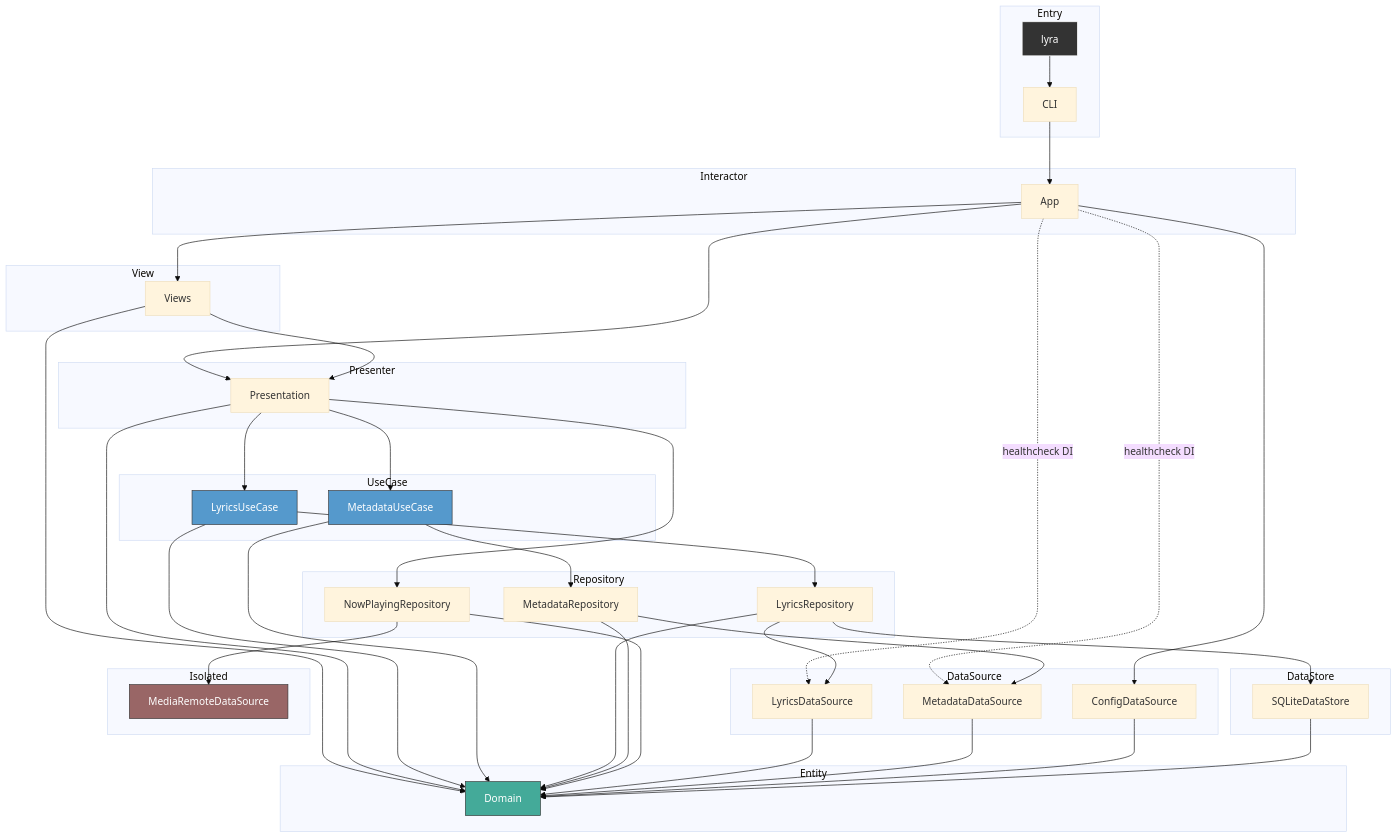
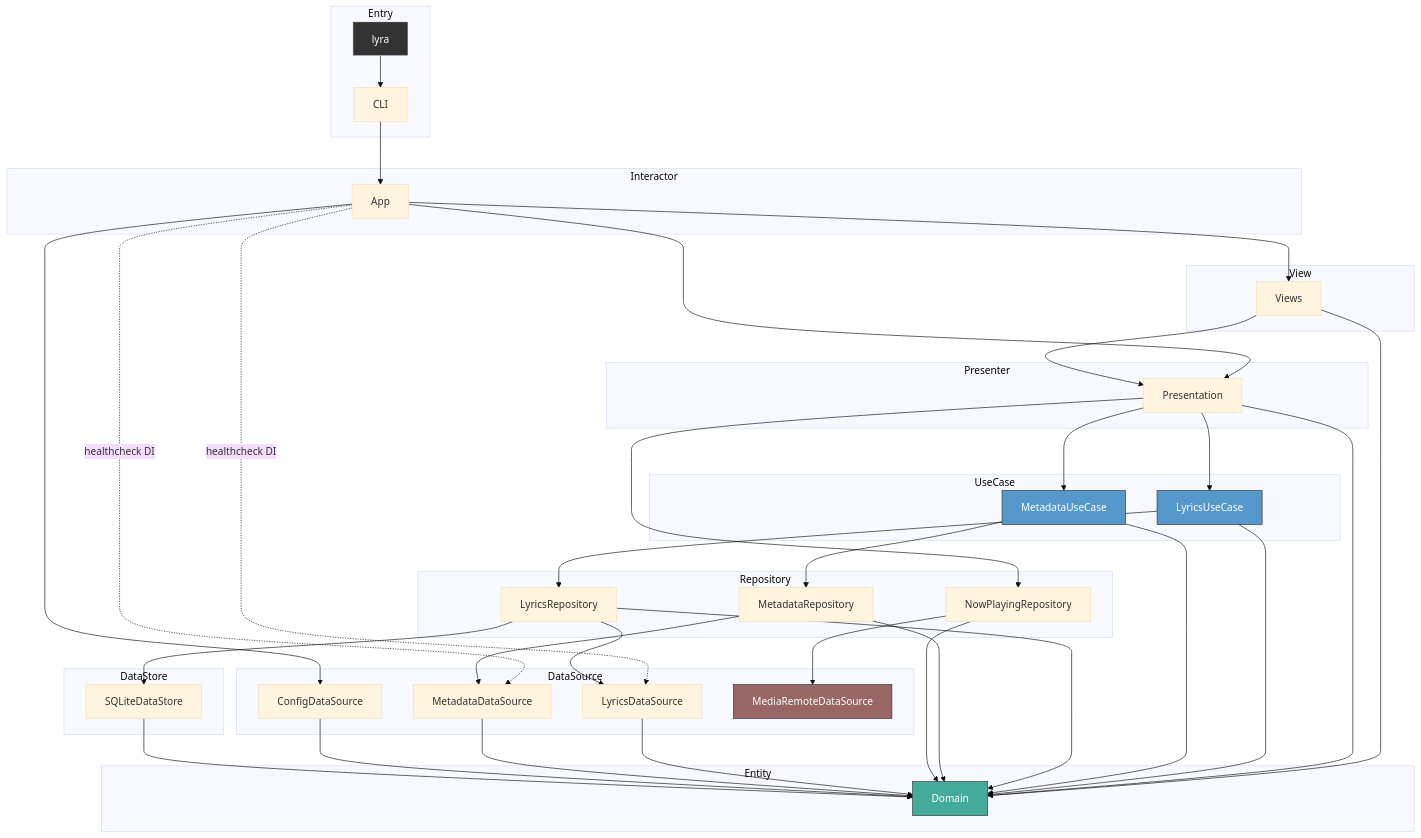
Before and after one commit to GeneralD/backdrop: the diagram in CLAUDE.md, drawn with Mermaid (base theme). The commit also changed other lines of this file, not shown here.

Commit message:
docs: move MediaRemoteDataSource into DataSource group in diagram

````diff
--- a/CLAUDE.md
+++ b/CLAUDE.md
@@ -22,70 +22,67 @@
 ```mermaid
 graph TD
     subgraph Entry
         lyra[lyra]
         CLI[CLI]
     end
 
     subgraph View
         Views[Views]
     end
 
     subgraph Interactor
         App[App]
     end
 
     subgraph Presenter
         Presentation[Presentation]
     end
 
     subgraph Entity
         Domain[Domain]
     end
 
     subgraph UseCase
         LyricsUseCase[LyricsUseCase]
         MetadataUseCase[MetadataUseCase]
     end
 
     subgraph Repository
         LyricsRepository[LyricsRepository]
         MetadataRepository[MetadataRepository]
         NowPlayingRepository[NowPlayingRepository]
     end
 
     subgraph DataSource
         LyricsDataSource[LyricsDataSource]
         MetadataDataSource[MetadataDataSource]
         ConfigDataSource[ConfigDataSource]
+        MediaRemoteDataSource[MediaRemoteDataSource]
     end
 
     subgraph DataStore
         SQLiteDataStore[SQLiteDataStore]
-    end
-
-    subgraph Isolated
-        MediaRemoteDataSource[MediaRemoteDataSource]
     end
 
     lyra --> CLI
     CLI --> App
     App --> Views & Presentation & ConfigDataSource
     App -.->|healthcheck DI| LyricsDataSource & MetadataDataSource
     Views --> Presentation & Domain
     Presentation --> LyricsUseCase & MetadataUseCase & NowPlayingRepository & Domain
     LyricsUseCase --> LyricsRepository & Domain
     MetadataUseCase --> MetadataRepository & Domain
     LyricsRepository --> LyricsDataSource & SQLiteDataStore & Domain
     MetadataRepository --> MetadataDataSource & Domain
     NowPlayingRepository --> MediaRemoteDataSource & Domain
     LyricsDataSource --> Domain
     MetadataDataSource --> Domain
     ConfigDataSource --> Domain
     SQLiteDataStore --> Domain
 
     style Domain fill:#4a9,stroke:#333,color:#fff
     style LyricsUseCase fill:#59c,stroke:#333,color:#fff
     style MetadataUseCase fill:#59c,stroke:#333,color:#fff
     style MediaRemoteDataSource fill:#966,stroke:#333,color:#fff
     style lyra fill:#333,stroke:#fff,color:#fff
 ```
````
